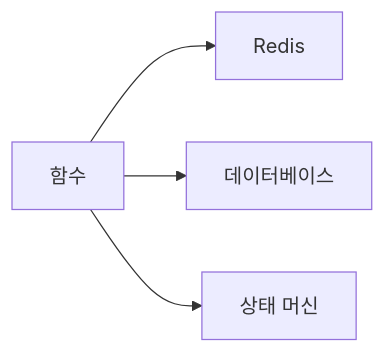
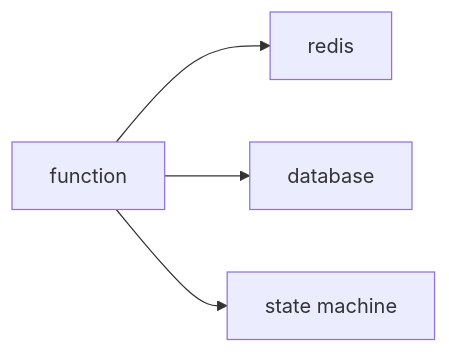
The diagram in content/serverless-101/ko/06-state-management.md (yeongseon-books/book-content), drawn with Mermaid before and after one commit. The commit also changed other lines of this file and 9 other files, not shown here.

````diff
--- a/content/serverless-101/ko/06-state-management.md
+++ b/content/serverless-101/ko/06-state-management.md
@@ -55,6 +46,6 @@
 ```mermaid
 flowchart LR
-    Func["함수"] --> Cache["Redis"]
-    Func --> DB["데이터베이스"]
-    Func --> Workflow["상태 머신"]
+    Func["function"] --> Cache["redis"]
+    Func --> DB["database"]
+    Func --> Workflow["state machine"]
 ```
````
